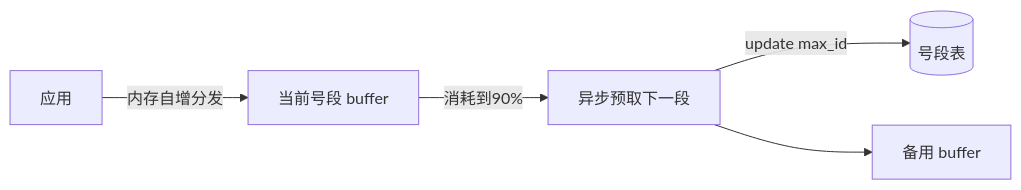
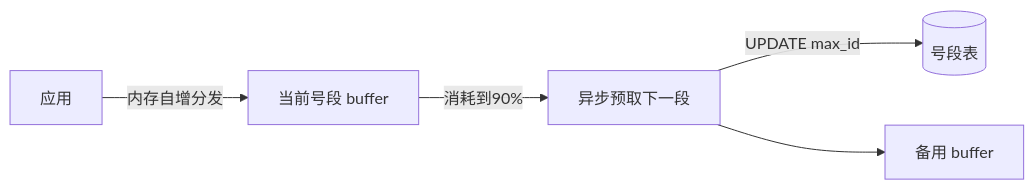
Before and after one commit to zhangqian-silk/computer-science: the first of 2 diagrams in system_design/components/id_generator/id_generator.md, drawn with Mermaid. The commit also changed other lines of this file and 34 other files, not shown here.

````diff
--- a/system_design/components/id_generator/id_generator.md
+++ b/system_design/components/id_generator/id_generator.md
@@ -101,7 +180,7 @@
 ```mermaid
 flowchart LR
 	App[应用] -->|内存自增分发| Buf1[当前号段 buffer]
 	Buf1 -->|消耗到90%| Pre[异步预取下一段]
-	Pre -->|update max_id| DB[(号段表)]
+	Pre -->|UPDATE max_id| DB[(号段表)]
 	Pre --> Buf2[备用 buffer]
 ```
````
